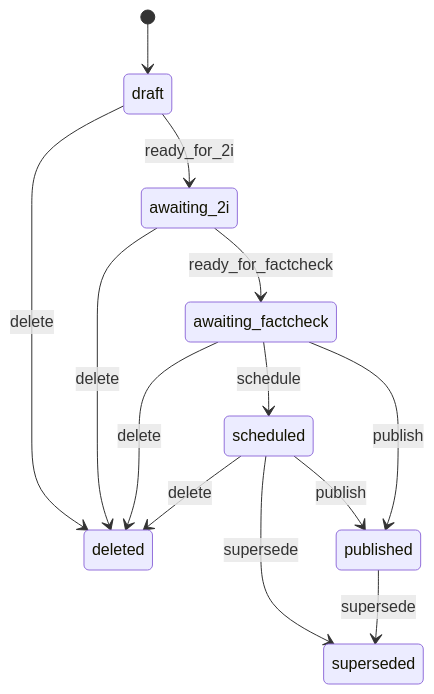
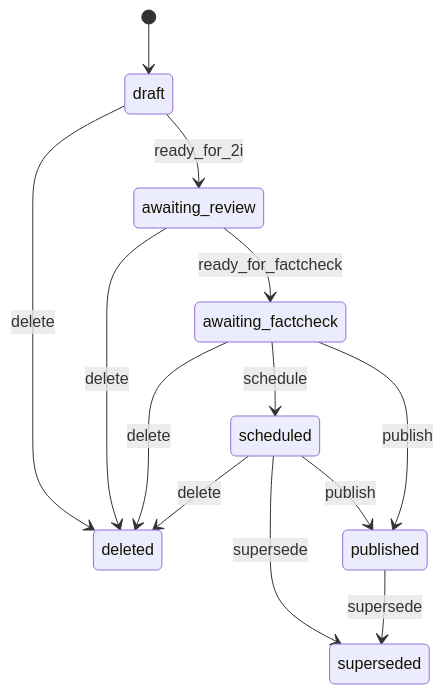
Before and after one commit to alphagov/content-block-manager: the diagram in docs/edition_states.md, drawn with Mermaid. The commit also changed other lines of this file and 15 other files, not shown here.

Commit message:
Rename 'awaiting_2i' to 'awaiting_review'

````diff
--- a/docs/edition_states.md
+++ b/docs/edition_states.md
@@ -5,19 +5,19 @@
 ```mermaid
 stateDiagram-v2
     [*] --> draft
 
     draft --> deleted: delete
-    awaiting_2i --> deleted: delete
+    awaiting_review --> deleted: delete
     awaiting_factcheck --> deleted: delete
     scheduled --> deleted: delete
 
-    draft --> awaiting_2i: ready_for_2i
-    awaiting_2i --> awaiting_factcheck: ready_for_factcheck
+    draft --> awaiting_review: ready_for_2i
+    awaiting_review --> awaiting_factcheck: ready_for_factcheck
     awaiting_factcheck --> scheduled: schedule
 
     scheduled --> superseded: supersede
     published --> superseded: supersede
 
     scheduled --> published: publish
     awaiting_factcheck --> published: publish
 ```
````
